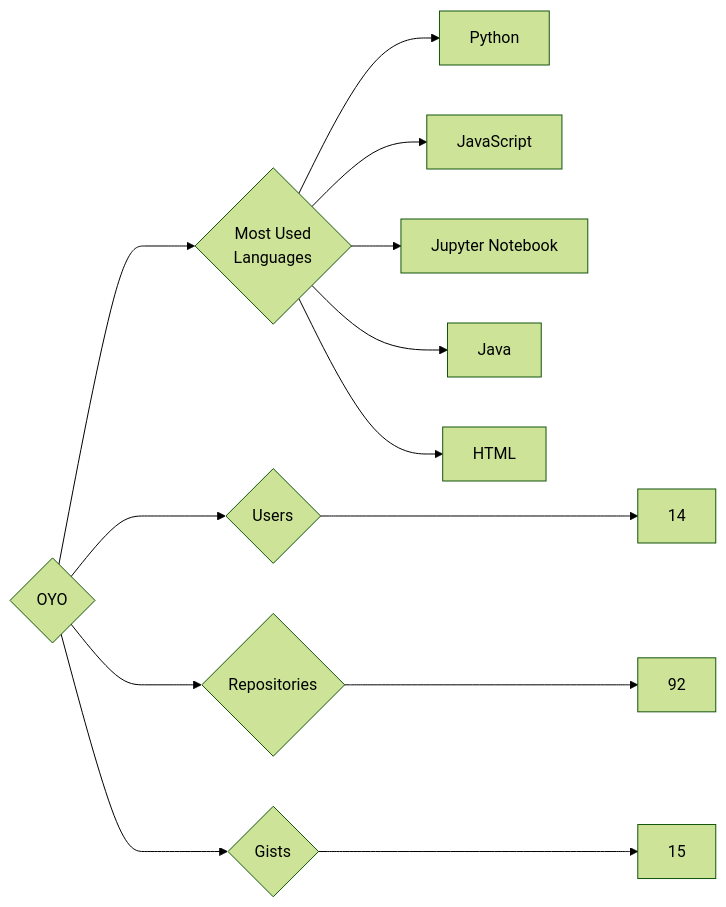
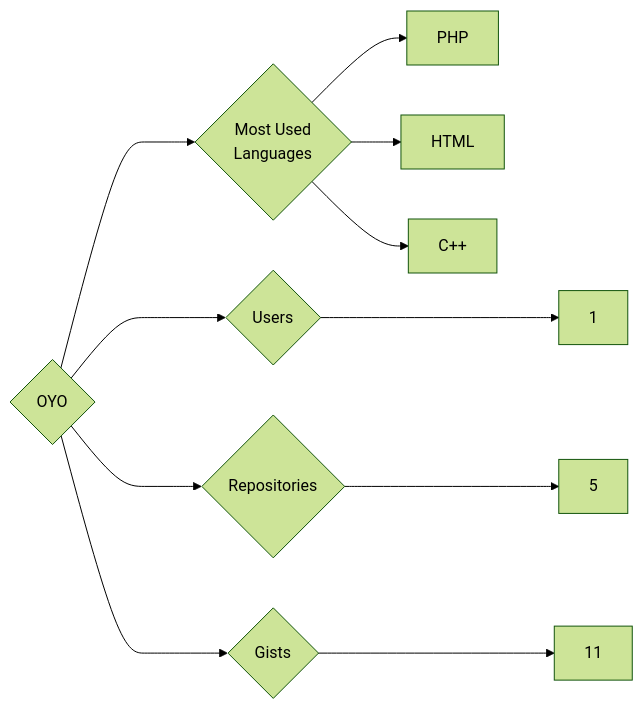
The diagram in targets/OYO/README.md (trickest/insiders), drawn with Mermaid (forest theme) before and after one commit. The commit also changed 972 other files, not shown here.

````diff
--- a/targets/OYO/README.md
+++ b/targets/OYO/README.md
@@ -3,13 +3,11 @@
 ```mermaid
 graph LR
 COMPANY_NAME{OYO}
-COMPANY_NAME ---> U{Users} ---> UN[14]
-COMPANY_NAME ---> R{Repositories} ---> RN[92]
-COMPANY_NAME ---> G{Gists} ---> GN[15]
+COMPANY_NAME ---> U{Users} ---> UN[1]
+COMPANY_NAME ---> R{Repositories} ---> RN[5]
+COMPANY_NAME ---> G{Gists} ---> GN[11]
 COMPANY_NAME ---> ML{Most Used<br>Languages}
-ML --> Python[Python]
-ML --> JavaScript[JavaScript]
-ML --> Jupyter_Notebook[Jupyter Notebook]
-ML --> Java[Java]
+ML --> PHP[PHP]
 ML --> HTML[HTML]
+ML --> C++[C++]
 ```
````
